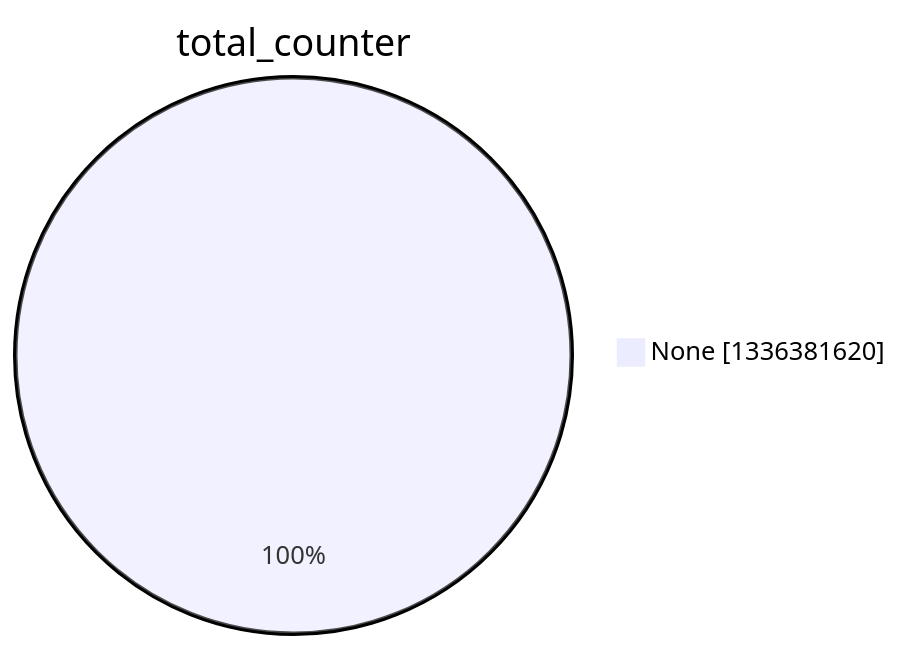
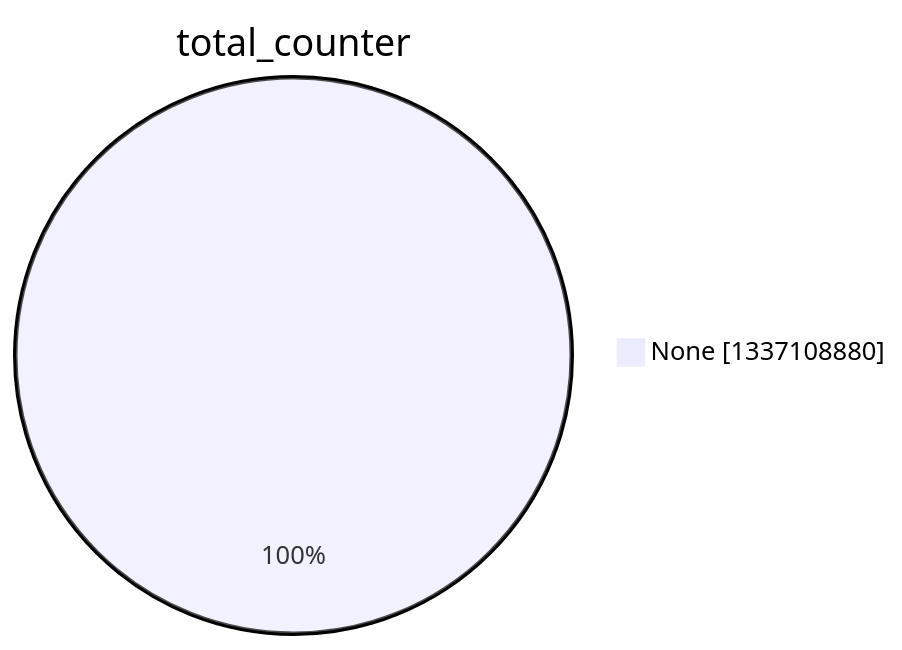
Before and after one commit to christiankrug/ctmonitor_visualization: the second of 15 diagrams in argon2022/README.md, drawn with Mermaid. The commit also changed other lines of this file, not shown here.

````diff
--- a/argon2022/README.md
+++ b/argon2022/README.md
@@ -9,5 +9,5 @@
 ```mermaid
 pie showData
 title total_counter
-"None" :1336381620
+"None" :1337108880
 ```
````
